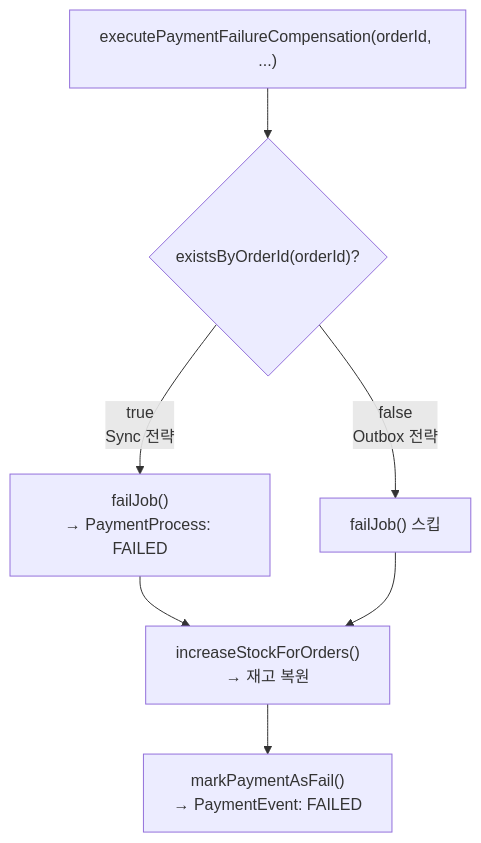
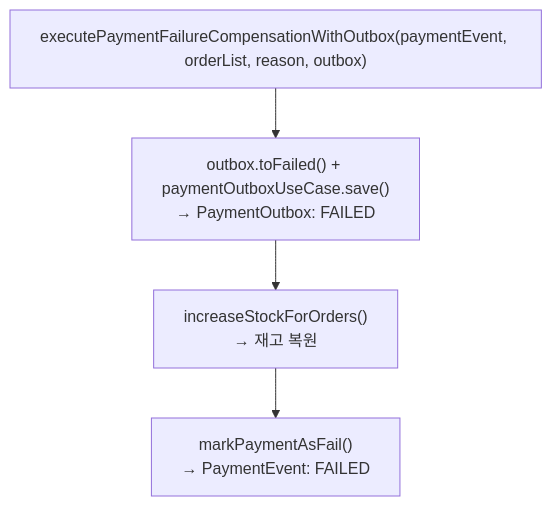
One commit to hyoguoo/payment-platform changed the sixth of 6 diagrams in docs/context/CONFIRM-FLOW-FLOWCHART.md. Above: the diagram before and after it, drawn with Mermaid. The commit also changed other lines of this file and 3 other files, not shown here.

````diff
--- a/docs/context/CONFIRM-FLOW-FLOWCHART.md
+++ b/docs/context/CONFIRM-FLOW-FLOWCHART.md
@@ -336,11 +231,7 @@
 ```mermaid
 flowchart TD
-    A["executePaymentFailureCompensation(orderId, ...)"] --> B
-    B{"existsByOrderId(orderId)?"}
-    B -->|true\nSync 전략| C["failJob()\n→ PaymentProcess: FAILED"]
-    B -->|false\nOutbox 전략| D["failJob() 스킵"]
-    C --> E
-    D --> E
-    E["increaseStockForOrders()\n→ 재고 복원"]
-    E --> F["markPaymentAsFail()\n→ PaymentEvent: FAILED"]
+    A["executePaymentFailureCompensationWithOutbox(paymentEvent, orderList, reason, outbox)"] --> B
+    B["outbox.toFailed() + paymentOutboxUseCase.save()\n→ PaymentOutbox: FAILED"]
+    B --> C["increaseStockForOrders()\n→ 재고 복원"]
+    C --> D["markPaymentAsFail()\n→ PaymentEvent: FAILED"]
 ```
````
